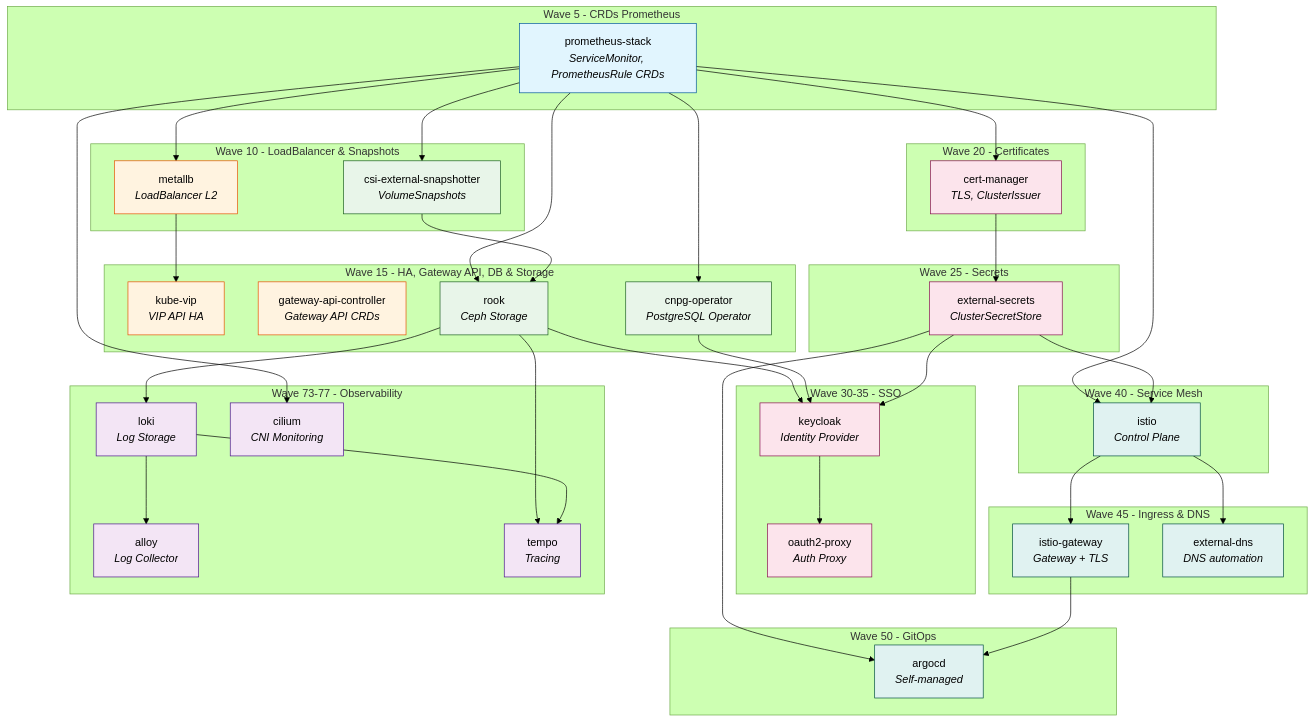
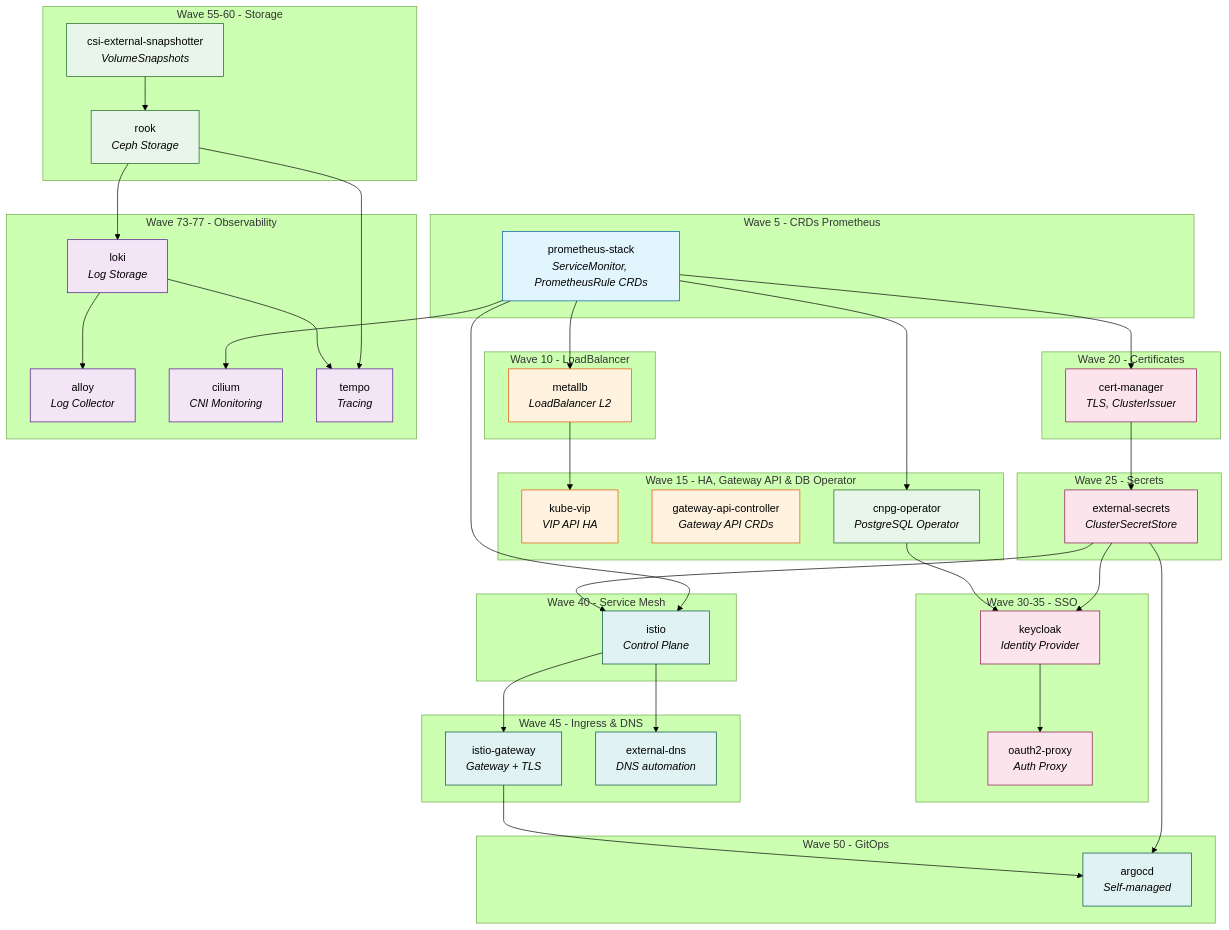
One commit to gigi206/k8s changed the diagram in deploy/argocd/README.md. Above: the diagram before and after it, drawn with Mermaid (forest theme). The commit also changed other lines of this file and 3 other files, not shown here.

```diff
--- a/deploy/argocd/README.md
+++ b/deploy/argocd/README.md
@@ -112,16 +112,14 @@
         prometheus-stack["prometheus-stack<br/><i>ServiceMonitor, PrometheusRule CRDs</i>"]
     end
 
-    subgraph wave10["Wave 10 - LoadBalancer & Snapshots"]
+    subgraph wave10["Wave 10 - LoadBalancer"]
         metallb["metallb<br/><i>LoadBalancer L2</i>"]
-        csi-snapshotter["csi-external-snapshotter<br/><i>VolumeSnapshots</i>"]
     end
 
-    subgraph wave15["Wave 15 - HA, Gateway API, DB & Storage"]
+    subgraph wave15["Wave 15 - HA, Gateway API & DB Operator"]
         kube-vip["kube-vip<br/><i>VIP API HA</i>"]
         gateway-api["gateway-api-controller<br/><i>Gateway API CRDs</i>"]
         cnpg["cnpg-operator<br/><i>PostgreSQL Operator</i>"]
-        rook["rook<br/><i>Ceph Storage</i>"]
     end
 
     subgraph wave20["Wave 20 - Certificates"]
@@ -150,6 +148,11 @@
         argocd["argocd<br/><i>Self-managed</i>"]
     end
 
+    subgraph wave55-60["Wave 55-60 - Storage"]
+        csi-snapshotter["csi-external-snapshotter<br/><i>VolumeSnapshots</i>"]
+        rook["rook<br/><i>Ceph Storage</i>"]
+    end
+
     subgraph wave73-77["Wave 73-77 - Observability"]
         loki["loki<br/><i>Log Storage</i>"]
         alloy["alloy<br/><i>Log Collector</i>"]
@@ -159,21 +162,17 @@
 
     %% Dependencies
     prometheus-stack --> metallb
-    prometheus-stack --> csi-snapshotter
+    prometheus-stack --> cert-manager
     prometheus-stack --> cnpg
-    prometheus-stack --> rook
-    prometheus-stack --> cert-manager
     prometheus-stack --> istio
     prometheus-stack --> cilium
 
     metallb --> kube-vip
-    csi-snapshotter --> rook
 
     cert-manager --> external-secrets
 
-    rook --> keycloak
+    external-secrets --> keycloak
     cnpg --> keycloak
-    external-secrets --> keycloak
 
     keycloak --> oauth2-proxy
 
@@ -184,6 +183,8 @@
     istio --> external-dns
 
     istio-gateway --> argocd
+
+    csi-snapshotter --> rook
 
     rook --> loki
     rook --> tempo
```
